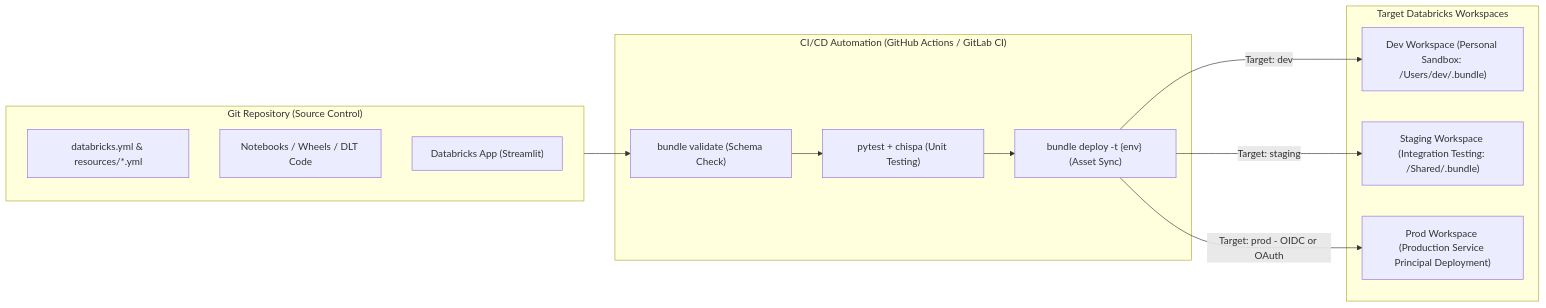
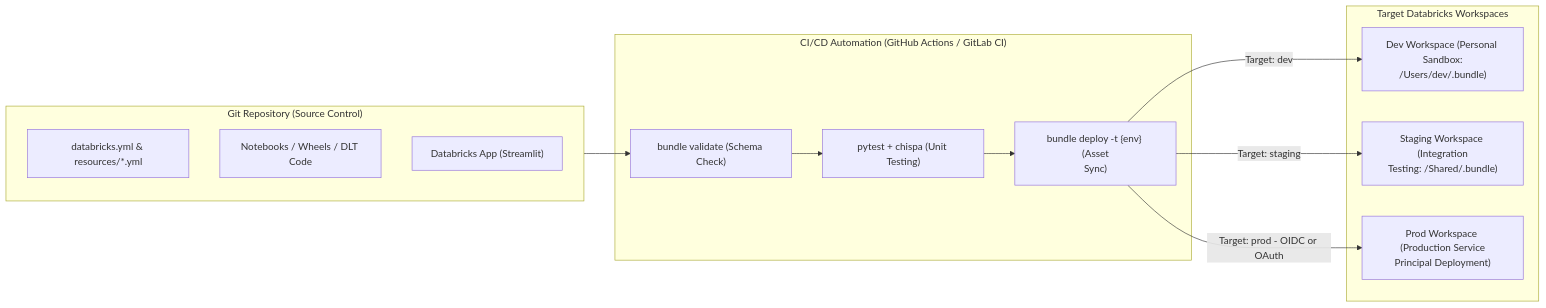
One commit to santoshjammi29/databricks-handbook changed the first of 3 diagrams in architectures/04_enterprise_devops_dabs_and_lakeflow_orchestration.md. Above: the diagram before and after it, drawn with Mermaid. The commit also changed other lines of this file and 8 other files, not shown here.

Commit message:
fix(diagrams): word-wrap labels and escape comparison operators across all diagrams

````diff
--- a/architectures/04_enterprise_devops_dabs_and_lakeflow_orchestration.md
+++ b/architectures/04_enterprise_devops_dabs_and_lakeflow_orchestration.md
@@ -7,25 +7,25 @@
 ```mermaid
 flowchart LR
     subgraph Repo["Git Repository (Source Control)"]
         YML["databricks.yml & resources/*.yml"]
         Code["Notebooks / Wheels / DLT Code"]
         App["Databricks App (Streamlit)"]
     end
 
     subgraph CI["CI/CD Automation (GitHub Actions / GitLab CI)"]
         Lint["bundle validate (Schema Check)"]
         Test["pytest + chispa (Unit Testing)"]
-        Deploy["bundle deploy -t {env} (Asset Sync)"]
+        Deploy["bundle deploy -t {env} (Asset<br/>Sync)"]
     end
 
     subgraph Environments["Target Databricks Workspaces"]
-        Dev["Dev Workspace (Personal Sandbox: /Users/dev/.bundle)"]
-        Staging["Staging Workspace (Integration Testing: /Shared/.bundle)"]
-        Prod["Prod Workspace (Production Service Principal Deployment)"]
+        Dev["Dev Workspace (Personal Sandbox:<br/>/Users/dev/.bundle)"]
+        Staging["Staging Workspace (Integration<br/>Testing: /Shared/.bundle)"]
+        Prod["Prod Workspace (Production Service<br/>Principal Deployment)"]
     end
 
     Repo --> Lint --> Test --> Deploy
-    Deploy -->|Target: dev| Dev
-    Deploy -->|Target: staging| Staging
-    Deploy -->|Target: prod - OIDC or OAuth| Prod
+    Deploy -->|"Target: dev"| Dev
+    Deploy -->|"Target: staging"| Staging
+    Deploy -->|"Target: prod - OIDC or OAuth"| Prod
 ```
````
